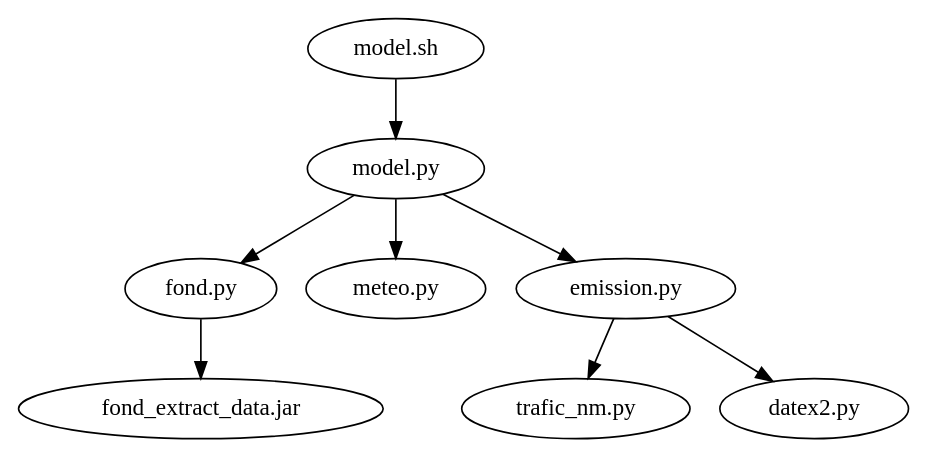
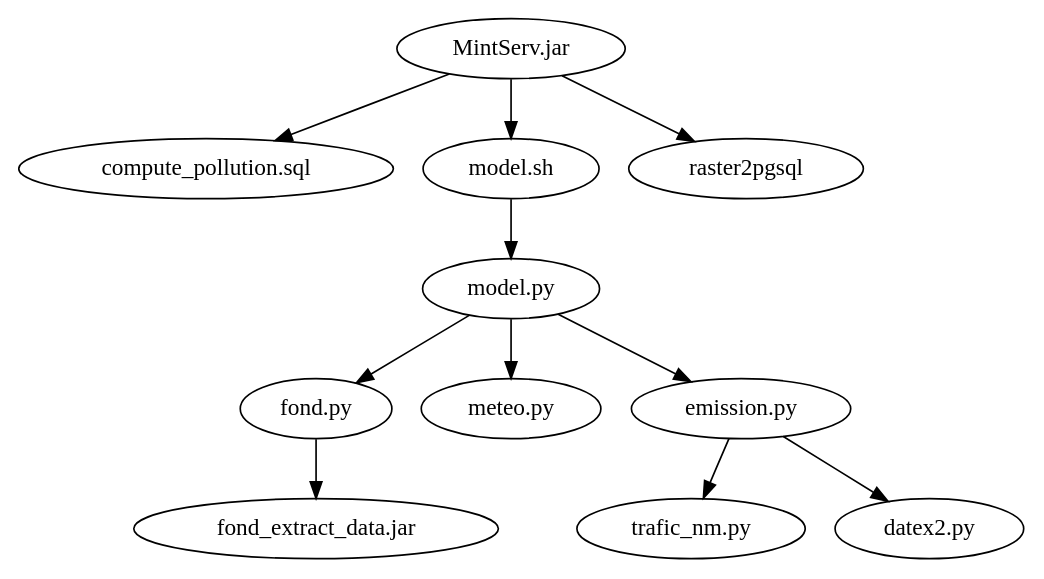
One commit to MintFr/captation changed the diagram in model/README.md. Above: the diagram before and after it, drawn with Graphviz.

Commit message:
Update model graph

````diff
--- a/model/README.md
+++ b/model/README.md
@@ -7,23 +7,29 @@
 ```dot
 digraph G {
+    MintServ [label = "MintServ.jar"]
+    compute_pollution [label = "compute_pollution.sql"]
     model_sh [label = "model.sh"]
     model [label = "model.py"]
     fond [label = "fond.py"]
     meteo [label = "meteo.py"]
     emission [label = "emission.py"]
     trafic_nm [label = "trafic_nm.py"]
     datex2 [label = "datex2.py"]
     fond_extract_data [label = "fond_extract_data.jar"]
+    
+    MintServ -> model_sh
+    MintServ -> raster2pgsql
+    MintServ -> compute_pollution
     
     model_sh -> model
 
     model -> fond
     model -> meteo
     model -> emission
 
     emission -> trafic_nm
     emission -> datex2
 
     fond -> fond_extract_data
 }
 ```
````
